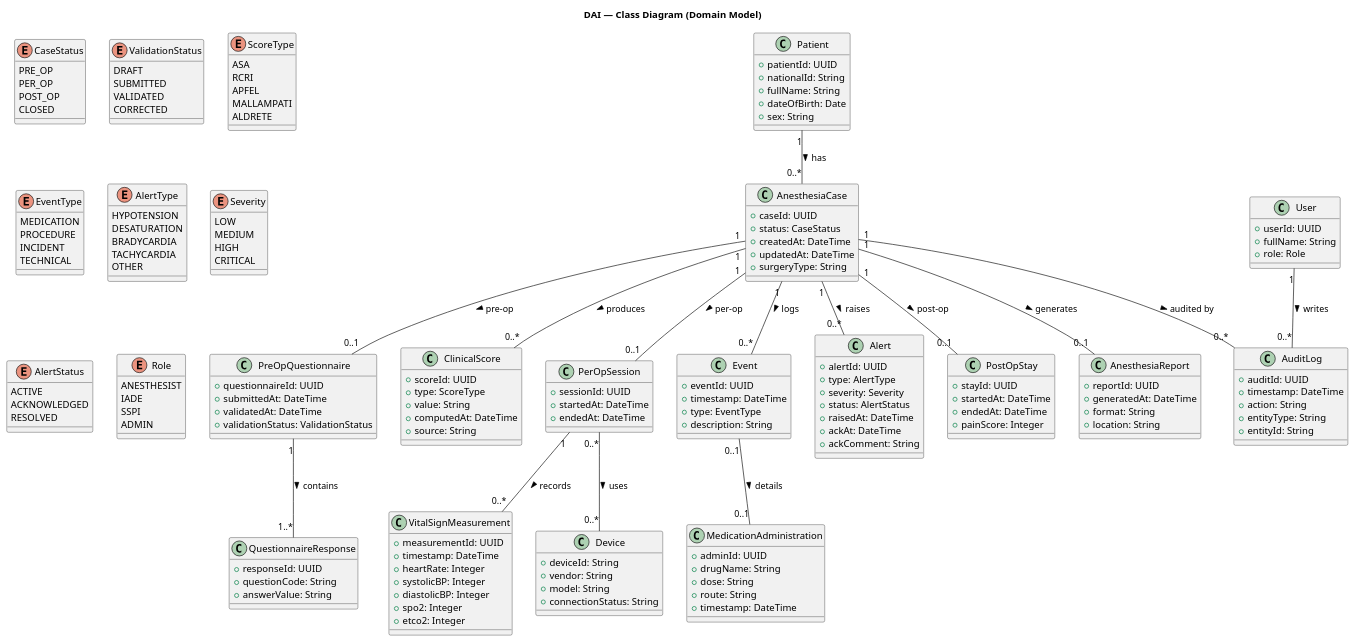
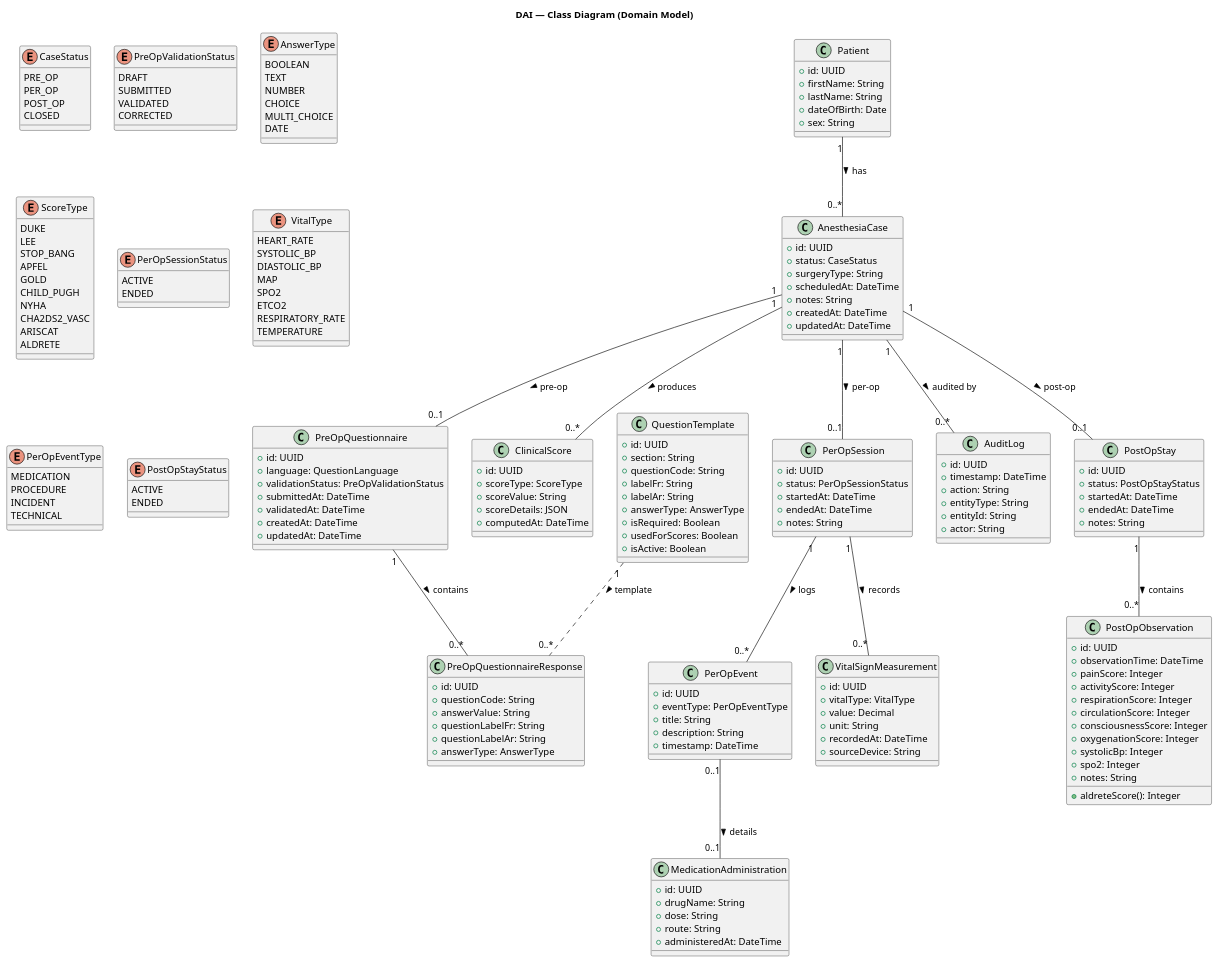
Before and after one commit to yasminebelhajmabrouk-ops/yasmine_DAI: the diagram in diagrams/uml/source/class-domain-model.puml, drawn with PlantUML. The commit also changed 3 other files, not shown here.

Commit message:
docs(uml): update and complete project uml diagrams

```diff
--- a/diagrams/uml/source/class-domain-model.puml
+++ b/diagrams/uml/source/class-domain-model.puml
@@ -1,21 +1,22 @@
 @startuml
 title DAI — Class Diagram (Domain Model)
 
-' ====== Core Entities ======
 class Patient {
-  +patientId: UUID
-  +nationalId: String
-  +fullName: String
+  +id: UUID
+  +firstName: String
+  +lastName: String
   +dateOfBirth: Date
   +sex: String
 }
 
 class AnesthesiaCase {
-  +caseId: UUID
+  +id: UUID
   +status: CaseStatus
+  +surgeryType: String
+  +scheduledAt: DateTime
+  +notes: String
   +createdAt: DateTime
   +updatedAt: DateTime
-  +surgeryType: String
 }
 
 enum CaseStatus {
@@ -25,75 +26,116 @@
   CLOSED
 }
 
-' ====== Pre-op ======
 class PreOpQuestionnaire {
-  +questionnaireId: UUID
+  +id: UUID
+  +language: QuestionLanguage
+  +validationStatus: PreOpValidationStatus
   +submittedAt: DateTime
   +validatedAt: DateTime
-  +validationStatus: ValidationStatus
+  +createdAt: DateTime
+  +updatedAt: DateTime
 }
 
-enum ValidationStatus {
+enum PreOpValidationStatus {
   DRAFT
   SUBMITTED
   VALIDATED
   CORRECTED
 }
 
-class QuestionnaireResponse {
-  +responseId: UUID
+class QuestionTemplate {
+  +id: UUID
+  +section: String
+  +questionCode: String
+  +labelFr: String
+  +labelAr: String
+  +answerType: AnswerType
+  +isRequired: Boolean
+  +usedForScores: Boolean
+  +isActive: Boolean
+}
+
+class PreOpQuestionnaireResponse {
+  +id: UUID
   +questionCode: String
   +answerValue: String
+  +questionLabelFr: String
+  +questionLabelAr: String
+  +answerType: AnswerType
+}
+
+enum AnswerType {
+  BOOLEAN
+  TEXT
+  NUMBER
+  CHOICE
+  MULTI_CHOICE
+  DATE
 }
 
 class ClinicalScore {
-  +scoreId: UUID
-  +type: ScoreType
-  +value: String
+  +id: UUID
+  +scoreType: ScoreType
+  +scoreValue: String
+  +scoreDetails: JSON
   +computedAt: DateTime
-  +source: String
 }
 
 enum ScoreType {
-  ASA
-  RCRI
+  DUKE
+  LEE
+  STOP_BANG
   APFEL
-  MALLAMPATI
+  GOLD
+  CHILD_PUGH
+  NYHA
+  CHA2DS2_VASC
+  ARISCAT
   ALDRETE
 }
 
-' ====== Per-op Monitoring ======
 class PerOpSession {
-  +sessionId: UUID
+  +id: UUID
+  +status: PerOpSessionStatus
   +startedAt: DateTime
   +endedAt: DateTime
+  +notes: String
+}
+
+enum PerOpSessionStatus {
+  ACTIVE
+  ENDED
 }
 
 class VitalSignMeasurement {
-  +measurementId: UUID
-  +timestamp: DateTime
-  +heartRate: Integer
-  +systolicBP: Integer
-  +diastolicBP: Integer
-  +spo2: Integer
-  +etco2: Integer
+  +id: UUID
+  +vitalType: VitalType
+  +value: Decimal
+  +unit: String
+  +recordedAt: DateTime
+  +sourceDevice: String
 }
 
-class Device {
-  +deviceId: String
-  +vendor: String
-  +model: String
-  +connectionStatus: String
+enum VitalType {
+  HEART_RATE
+  SYSTOLIC_BP
+  DIASTOLIC_BP
+  MAP
+  SPO2
+  ETCO2
+  RESPIRATORY_RATE
+  TEMPERATURE
 }
 
-class Event {
-  +eventId: UUID
+class PerOpEvent {
+  +id: UUID
+  +eventType: PerOpEventType
+  +title: String
+  +description: String
   +timestamp: DateTime
-  +type: EventType
-  +description: String
 }
 
-enum EventType {
+enum PerOpEventType {
   MEDICATION
   PROCEDURE
   INCIDENT
@@ -101,97 +143,63 @@
 }
 
 class MedicationAdministration {
-  +adminId: UUID
+  +id: UUID
   +drugName: String
   +dose: String
   +route: String
-  +timestamp: DateTime
+  +administeredAt: DateTime
 }
 
-' ====== Alerts ======
-class Alert {
-  +alertId: UUID
-  +type: AlertType
-  +severity: Severity
-  +status: AlertStatus
-  +raisedAt: DateTime
-  +ackAt: DateTime
-  +ackComment: String
+class PostOpStay {
+  +id: UUID
+  +status: PostOpStayStatus
+  +startedAt: DateTime
+  +endedAt: DateTime
+  +notes: String
 }
 
-enum AlertType {
-  HYPOTENSION
-  DESATURATION
-  BRADYCARDIA
-  TACHYCARDIA
-  OTHER
+enum PostOpStayStatus {
+  ACTIVE
+  ENDED
 }
 
-enum Severity {
-  LOW
-  MEDIUM
-  HIGH
-  CRITICAL
-}
-
-enum AlertStatus {
-  ACTIVE
-  ACKNOWLEDGED
-  RESOLVED
-}
-
-' ====== Post-op ======
-class PostOpStay {
-  +stayId: UUID
-  +startedAt: DateTime
-  +endedAt: DateTime
+class PostOpObservation {
+  +id: UUID
+  +observationTime: DateTime
   +painScore: Integer
-}
-
-' ====== Documents & Audit ======
-class AnesthesiaReport {
-  +reportId: UUID
-  +generatedAt: DateTime
-  +format: String
-  +location: String
-}
-
-class User {
-  +userId: UUID
-  +fullName: String
-  +role: Role
-}
-
-enum Role {
-  ANESTHESIST
-  IADE
-  SSPI
-  ADMIN
+  +activityScore: Integer
+  +respirationScore: Integer
+  +circulationScore: Integer
+  +consciousnessScore: Integer
+  +oxygenationScore: Integer
+  +systolicBp: Integer
+  +spo2: Integer
+  +notes: String
+  +aldreteScore(): Integer
 }
 
 class AuditLog {
-  +auditId: UUID
+  +id: UUID
   +timestamp: DateTime
   +action: String
   +entityType: String
   +entityId: String
+  +actor: String
 }
 
-' ====== Relationships ======
 Patient "1" -- "0..*" AnesthesiaCase : has >
 AnesthesiaCase "1" -- "0..1" PreOpQuestionnaire : pre-op >
-PreOpQuestionnaire "1" -- "1..*" QuestionnaireResponse : contains >
+PreOpQuestionnaire "1" -- "0..*" PreOpQuestionnaireResponse : contains >
+QuestionTemplate "1" .. "0..*" PreOpQuestionnaireResponse : template >
 AnesthesiaCase "1" -- "0..*" ClinicalScore : produces >
+
 AnesthesiaCase "1" -- "0..1" PerOpSession : per-op >
 PerOpSession "1" -- "0..*" VitalSignMeasurement : records >
-PerOpSession "0..*" -- "0..*" Device : uses >
-AnesthesiaCase "1" -- "0..*" Event : logs >
-Event "0..1" -- "0..1" MedicationAdministration : details >
-AnesthesiaCase "1" -- "0..*" Alert : raises >
+PerOpSession "1" -- "0..*" PerOpEvent : logs >
+PerOpEvent "0..1" -- "0..1" MedicationAdministration : details >
+
 AnesthesiaCase "1" -- "0..1" PostOpStay : post-op >
-AnesthesiaCase "1" -- "0..1" AnesthesiaReport : generates >
+PostOpStay "1" -- "0..*" PostOpObservation : contains >
 
-User "1" -- "0..*" AuditLog : writes >
 AnesthesiaCase "1" -- "0..*" AuditLog : audited by >
-
 @enduml
```
